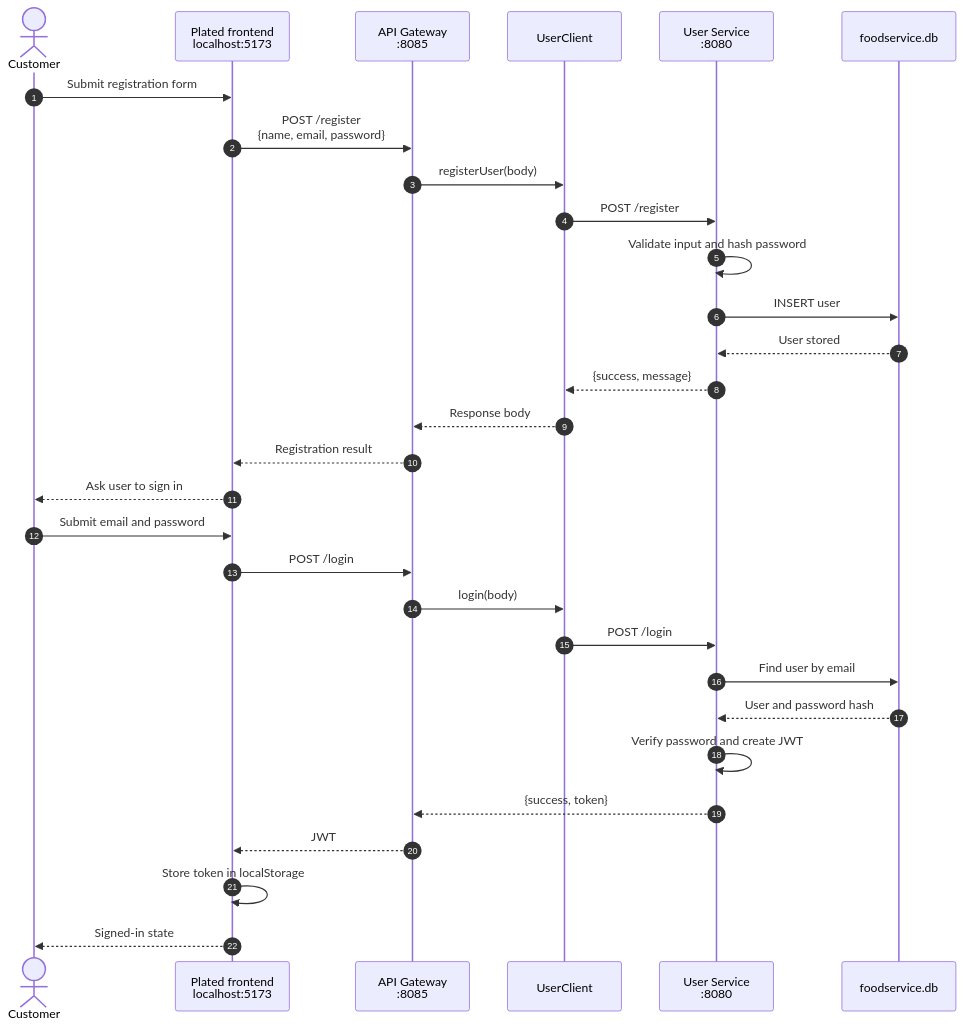
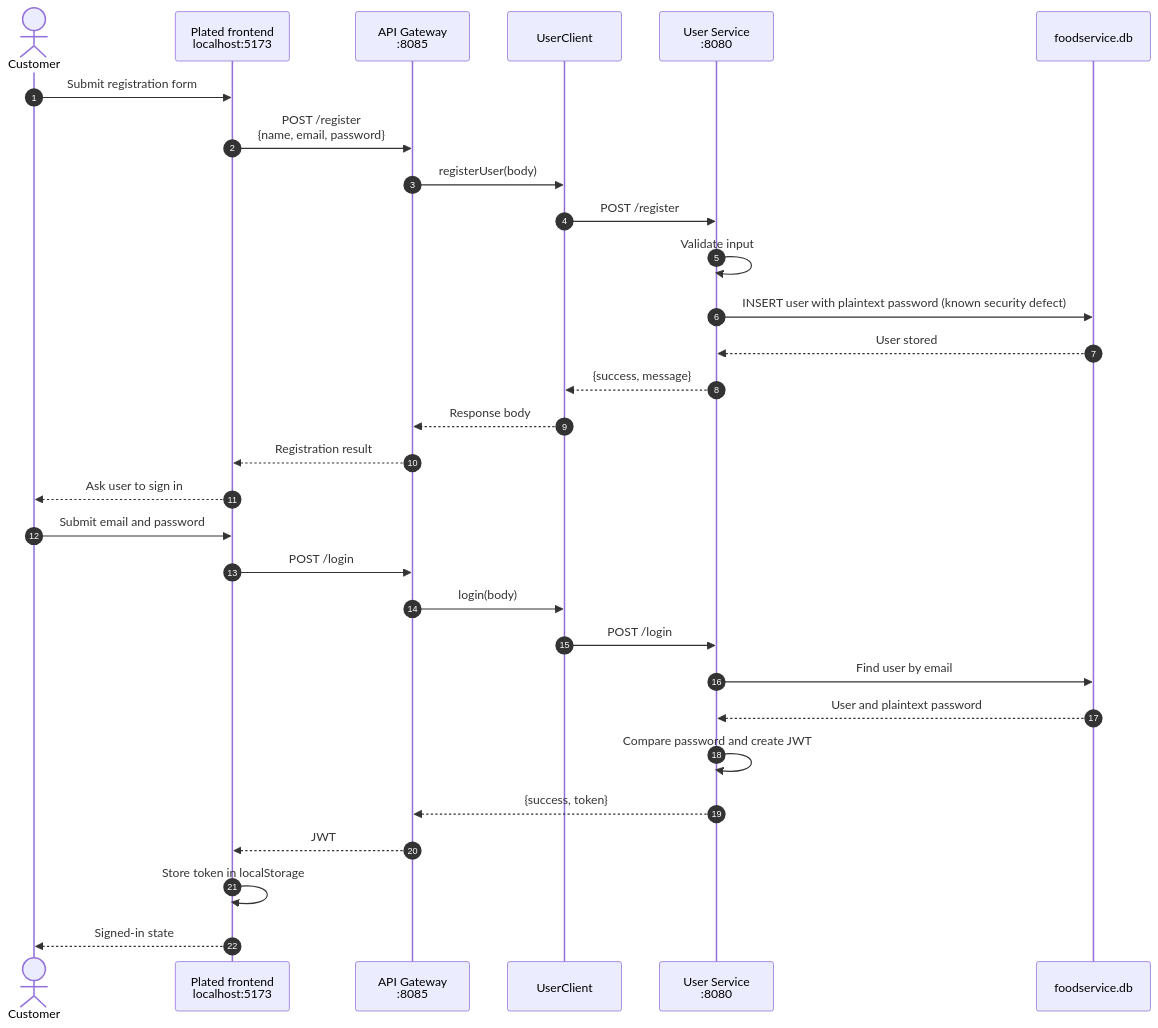
Before and after one commit to Pankil-Mevada/FoodService: the second of 8 diagrams in docs/SEQUENCE_DIAGRAMS.md, drawn with Mermaid. The commit also changed other lines of this file and 3 other files, not shown here.

Commit message:
update delivery architecture and requirements

````diff
--- a/docs/SEQUENCE_DIAGRAMS.md
+++ b/docs/SEQUENCE_DIAGRAMS.md
@@ -42,34 +42,34 @@
 ```mermaid
 sequenceDiagram
     autonumber
     actor Customer
     participant UI as Plated frontend<br/>localhost:5173
     participant GW as API Gateway<br/>:8085
     participant UC as UserClient
     participant US as User Service<br/>:8080
     participant UDB as foodservice.db
 
     Customer->>UI: Submit registration form
     UI->>GW: POST /register<br/>{name, email, password}
     GW->>UC: registerUser(body)
     UC->>US: POST /register
-    US->>US: Validate input and hash password
-    US->>UDB: INSERT user
+    US->>US: Validate input
+    US->>UDB: INSERT user with plaintext password (known security defect)
     UDB-->>US: User stored
     US-->>UC: {success, message}
     UC-->>GW: Response body
     GW-->>UI: Registration result
     UI-->>Customer: Ask user to sign in
 
     Customer->>UI: Submit email and password
     UI->>GW: POST /login
     GW->>UC: login(body)
     UC->>US: POST /login
     US->>UDB: Find user by email
-    UDB-->>US: User and password hash
-    US->>US: Verify password and create JWT
+    UDB-->>US: User and plaintext password
+    US->>US: Compare password and create JWT
     US-->>GW: {success, token}
     GW-->>UI: JWT
     UI->>UI: Store token in localStorage
     UI-->>Customer: Signed-in state
 ```
````
